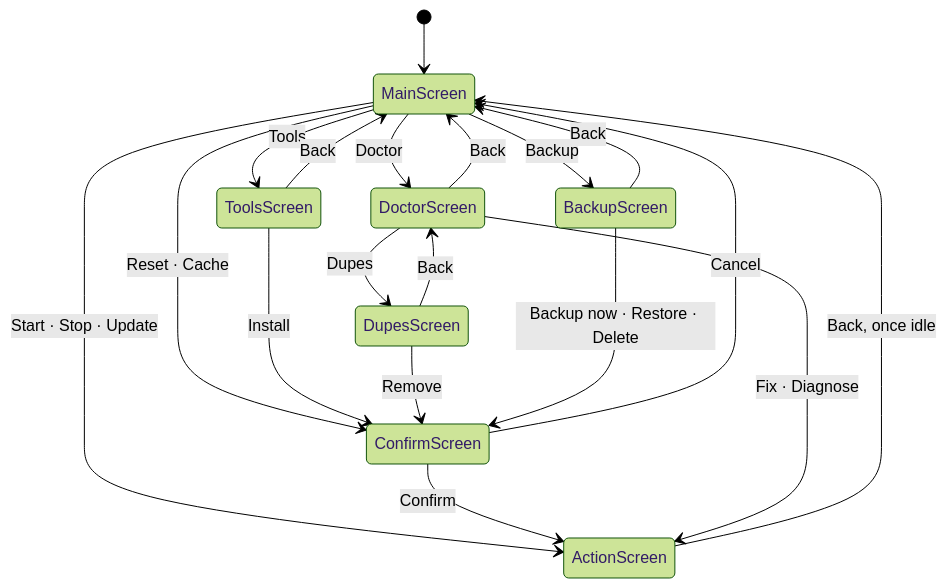
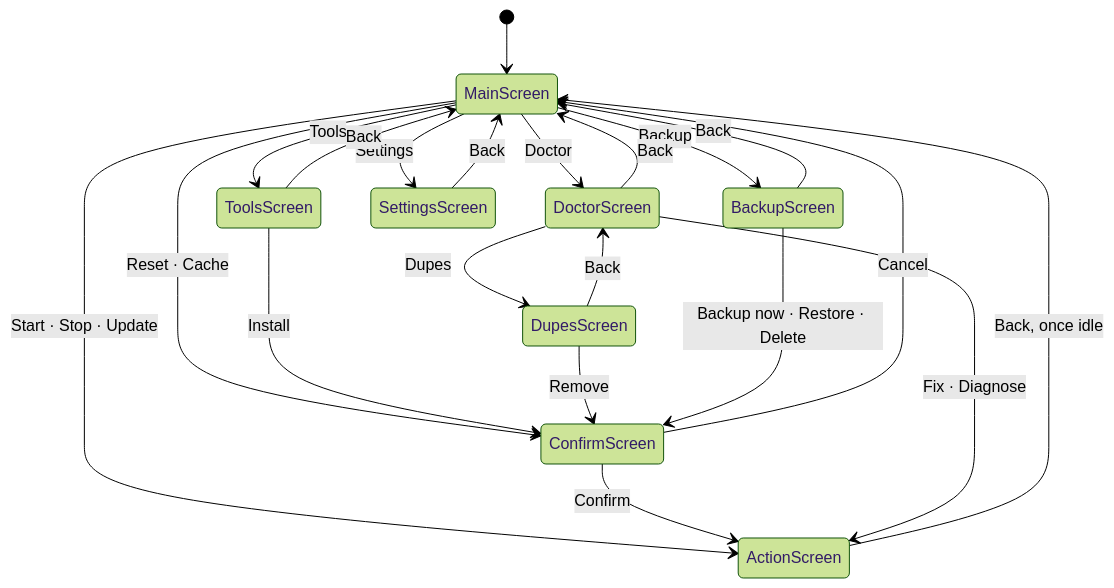
Before and after one commit to arinadi/XLabs: the second of 3 diagrams in README.md, drawn with Mermaid (forest theme). The commit also changed other lines of this file and 7 other files, not shown here.

First line of the commit message:
feat: Settings screen — mirror persistence, audio/GPU override, X11 draw path

````diff
--- a/README.md
+++ b/README.md
@@ -149,26 +149,28 @@
 ```mermaid
 stateDiagram-v2
     [*] --> MainScreen
 
     MainScreen --> ActionScreen: Start · Stop · Update
     MainScreen --> DoctorScreen: Doctor
     MainScreen --> ToolsScreen: Tools
     MainScreen --> BackupScreen: Backup
+    MainScreen --> SettingsScreen: Settings
     MainScreen --> ConfirmScreen: Reset · Cache
 
     ToolsScreen --> ConfirmScreen: Install
     DoctorScreen --> DupesScreen: Dupes
     DupesScreen --> ConfirmScreen: Remove
     BackupScreen --> ConfirmScreen: Backup now · Restore · Delete
 
     ConfirmScreen --> MainScreen: Cancel
     ConfirmScreen --> ActionScreen: Confirm
 
     DoctorScreen --> ActionScreen: Fix · Diagnose
 
     ToolsScreen --> MainScreen: Back
     DoctorScreen --> MainScreen: Back
     DupesScreen --> DoctorScreen: Back
     BackupScreen --> MainScreen: Back
+    SettingsScreen --> MainScreen: Back
     ActionScreen --> MainScreen: Back, once idle
 ```
````
